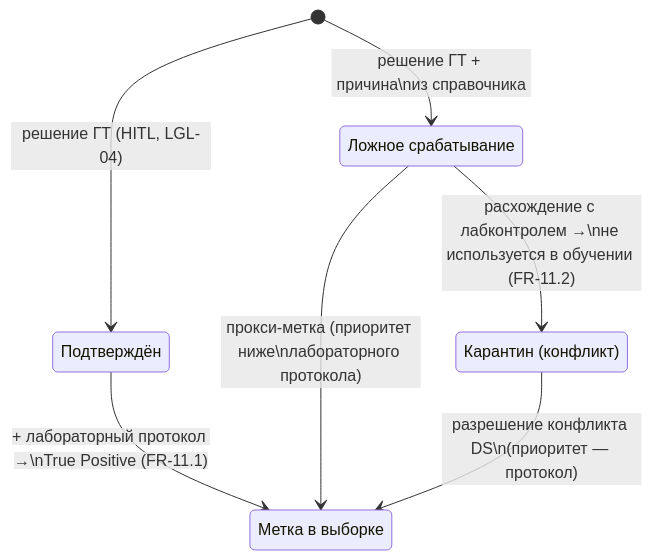
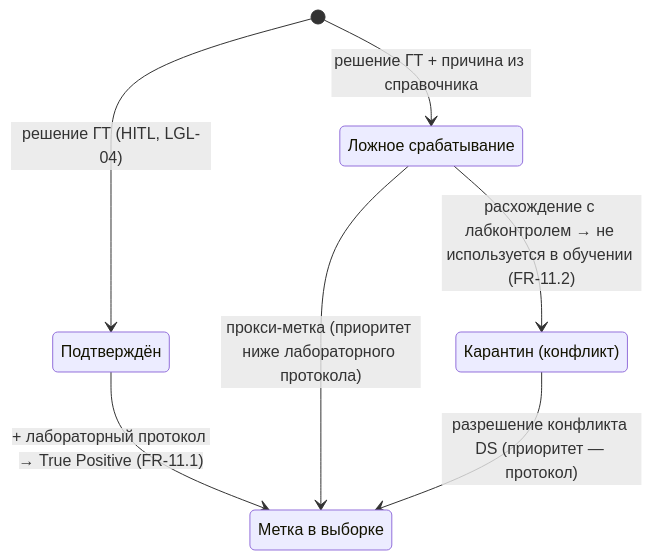
Before and after one commit to igorvolk1961/water_checker: the fourth of 4 diagrams in docs/system_analysis/diagrams/state_incident_alert_task.md, drawn with Mermaid. The commit also changed other lines of this file and 8 other files, not shown here.

````diff
--- a/docs/system_analysis/diagrams/state_incident_alert_task.md
+++ b/docs/system_analysis/diagrams/state_incident_alert_task.md
@@ -66,13 +66,13 @@
 ```mermaid
 stateDiagram-v2
     state "Подтверждён" as V1
     state "Ложное срабатывание" as V2
     state "Метка в выборке" as V3
     state "Карантин (конфликт)" as V4
     [*] --> V1 : решение ГТ (HITL, LGL-04)
-    [*] --> V2 : решение ГТ + причина\nиз справочника
-    V1 --> V3 : + лабораторный протокол →\nTrue Positive (FR-11.1)
-    V2 --> V3 : прокси-метка (приоритет ниже\nлабораторного протокола)
-    V2 --> V4 : расхождение с лабконтролем →\nне используется в обучении (FR-11.2)
-    V4 --> V3 : разрешение конфликта DS\n(приоритет — протокол)
+    [*] --> V2 : решение ГТ + причина из справочника
+    V1 --> V3 : + лабораторный протокол → True Positive (FR-11.1)
+    V2 --> V3 : прокси-метка (приоритет ниже лабораторного протокола)
+    V2 --> V4 : расхождение с лабконтролем → не используется в обучении (FR-11.2)
+    V4 --> V3 : разрешение конфликта DS (приоритет — протокол)
 ```
````
